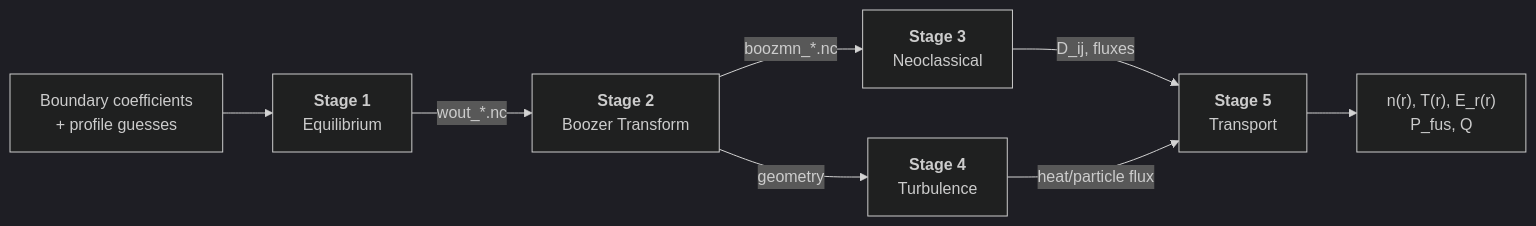
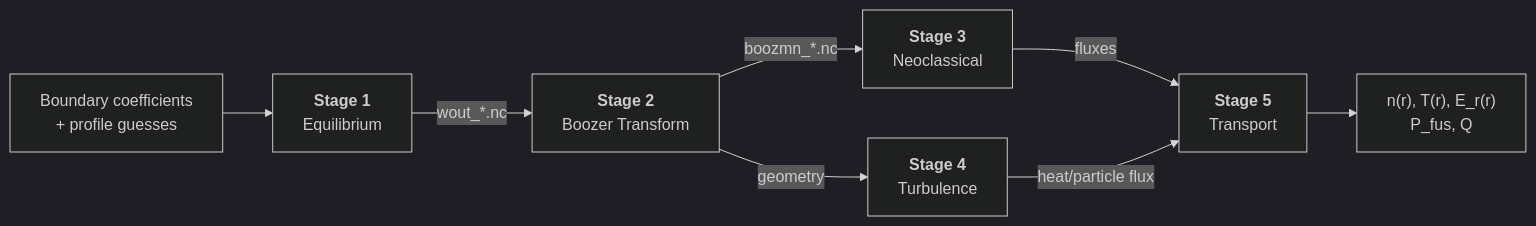
Before and after one commit to yijingz02/driftless-star: the diagram in README.md, drawn with Mermaid (dark theme). The commit also changed other lines of this file and 9 other files, not shown here.

````diff
--- a/README.md
+++ b/README.md
@@ -9,10 +9,10 @@
 ```mermaid
 graph LR
     IN["Boundary coefficients<br/>+ profile guesses"] --> S1["<b>Stage 1</b><br/>Equilibrium"]
     S1 -->|"wout_*.nc"| S2["<b>Stage 2</b><br/>Boozer Transform"]
     S2 -->|"boozmn_*.nc"| S3["<b>Stage 3</b><br/>Neoclassical"]
     S2 -->|"geometry"| S4["<b>Stage 4</b><br/>Turbulence"]
-    S3 -->|"D_ij, fluxes"| S5["<b>Stage 5</b><br/>Transport"]
+    S3 -->|"fluxes"| S5["<b>Stage 5</b><br/>Transport"]
     S4 -->|"heat/particle flux"| S5
     S5 --> OUT["n(r), T(r), E_r(r)<br/>P_fus, Q"]
 ```
````
